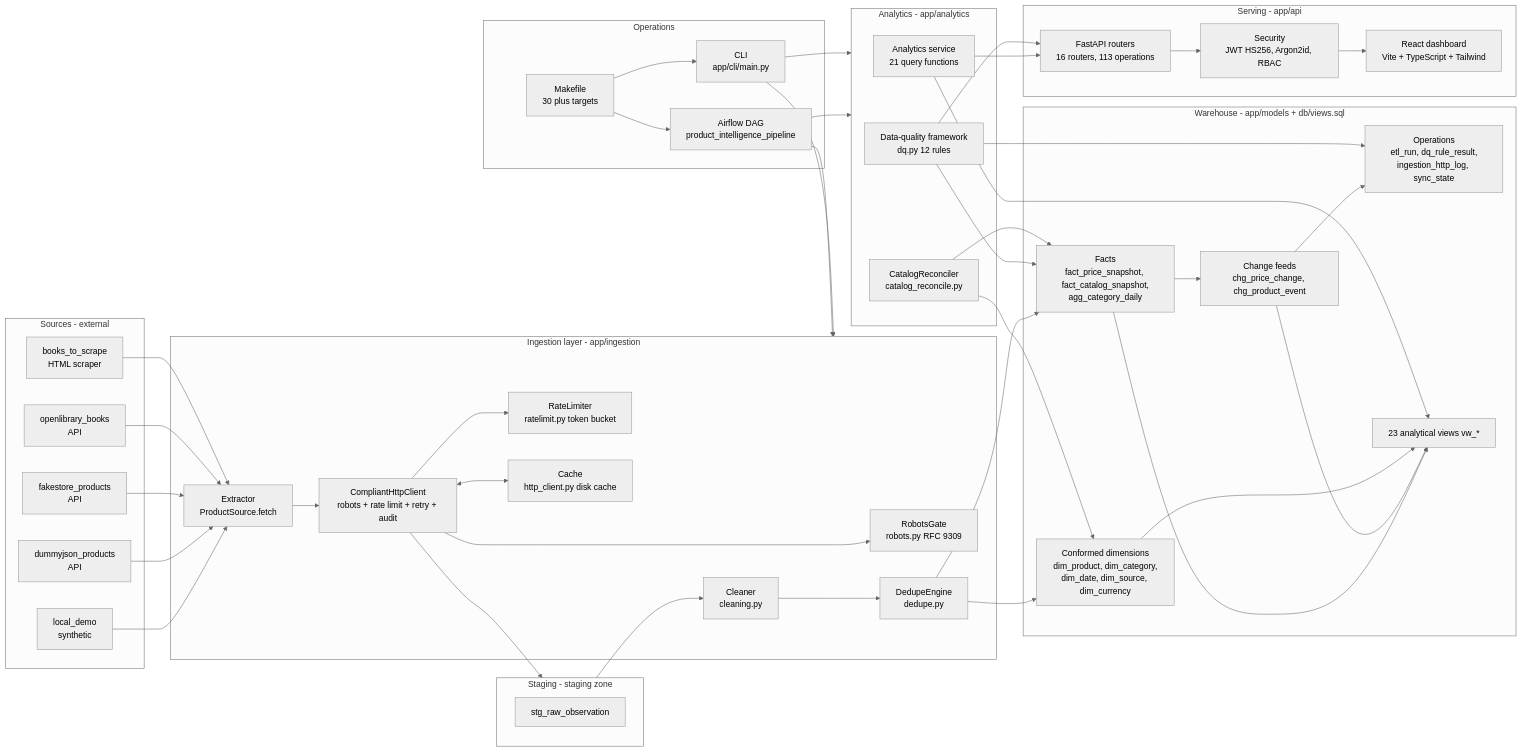
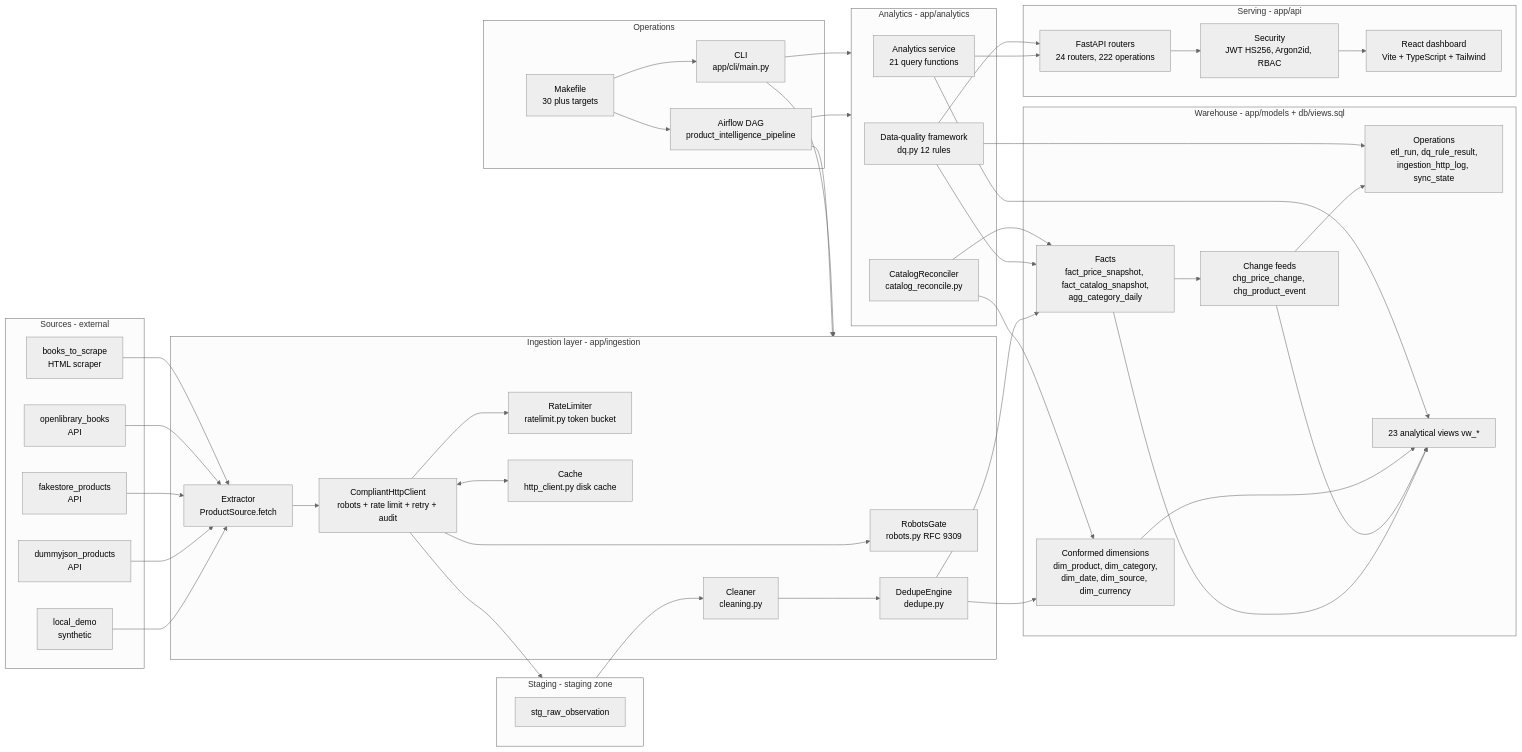
One commit to Ahmedbakr78/Web-to-Warehouse-Product-Intelligence-Pipeline changed the second of 4 diagrams in docs/08_system_analysis_design.md. Above: the diagram before and after it, drawn with Mermaid (neutral theme). The commit also changed other lines of this file and 176 other files, not shown here.

First line of the commit message:
Expand the documentation and correct every stale figure in it

```diff
--- a/docs/08_system_analysis_design.md
+++ b/docs/08_system_analysis_design.md
@@ -294,7 +294,7 @@
     end
 
     subgraph API["Serving - app/api"]
-        FAPI["FastAPI routers<br/>16 routers, 113 operations"]
+        FAPI["FastAPI routers<br/>24 routers, 222 operations"]
         SEC["Security<br/>JWT HS256, Argon2id, RBAC"]
         DSH["React dashboard<br/>Vite + TypeScript + Tailwind"]
     end
```
